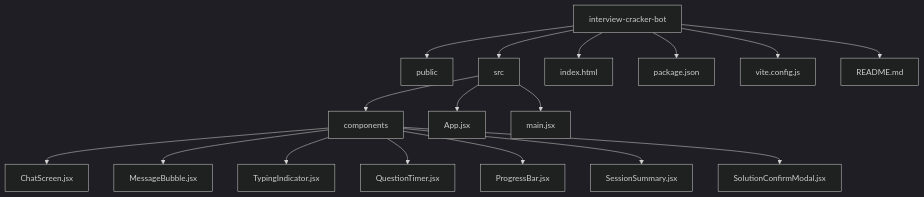
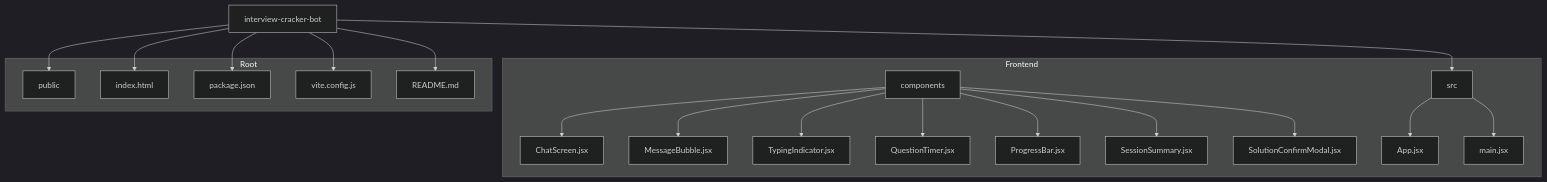
The fourth of 4 diagrams in README.md (rakeshpedapudi07/interview-cracker-bot), drawn with Mermaid (dark theme) before and after one commit. The commit also changed other lines of this file, not shown here.

````diff
--- a/README.md
+++ b/README.md
@@ -90,24 +116,33 @@
 ```mermaid
 graph TD
     A[interview-cracker-bot]
 
-    A --> B[public]
+    subgraph Frontend
+        C[src]
+        D[components]
+        D --> D1[ChatScreen.jsx]
+        D --> D2[MessageBubble.jsx]
+        D --> D3[TypingIndicator.jsx]
+        D --> D4[QuestionTimer.jsx]
+        D --> D5[ProgressBar.jsx]
+        D --> D6[SessionSummary.jsx]
+        D --> D7[SolutionConfirmModal.jsx]
+        C --> E[App.jsx]
+        C --> F[main.jsx]
+    end
 
-    A --> C[src]
-    C --> D[components]
-    D --> D1[ChatScreen.jsx]
-    D --> D2[MessageBubble.jsx]
-    D --> D3[TypingIndicator.jsx]
-    D --> D4[QuestionTimer.jsx]
-    D --> D5[ProgressBar.jsx]
-    D --> D6[SessionSummary.jsx]
-    D --> D7[SolutionConfirmModal.jsx]
+    subgraph Root
+        B[public]
+        G[index.html]
+        H[package.json]
+        I[vite.config.js]
+        J[README.md]
+    end
 
-    C --> E[App.jsx]
-    C --> F[main.jsx]
-
-    A --> G[index.html]
-    A --> H[package.json]
-    A --> I[vite.config.js]
-    A --> J[README.md]
+    A --> B
+    A --> C
+    A --> G
+    A --> H
+    A --> I
+    A --> J
 ```
````
